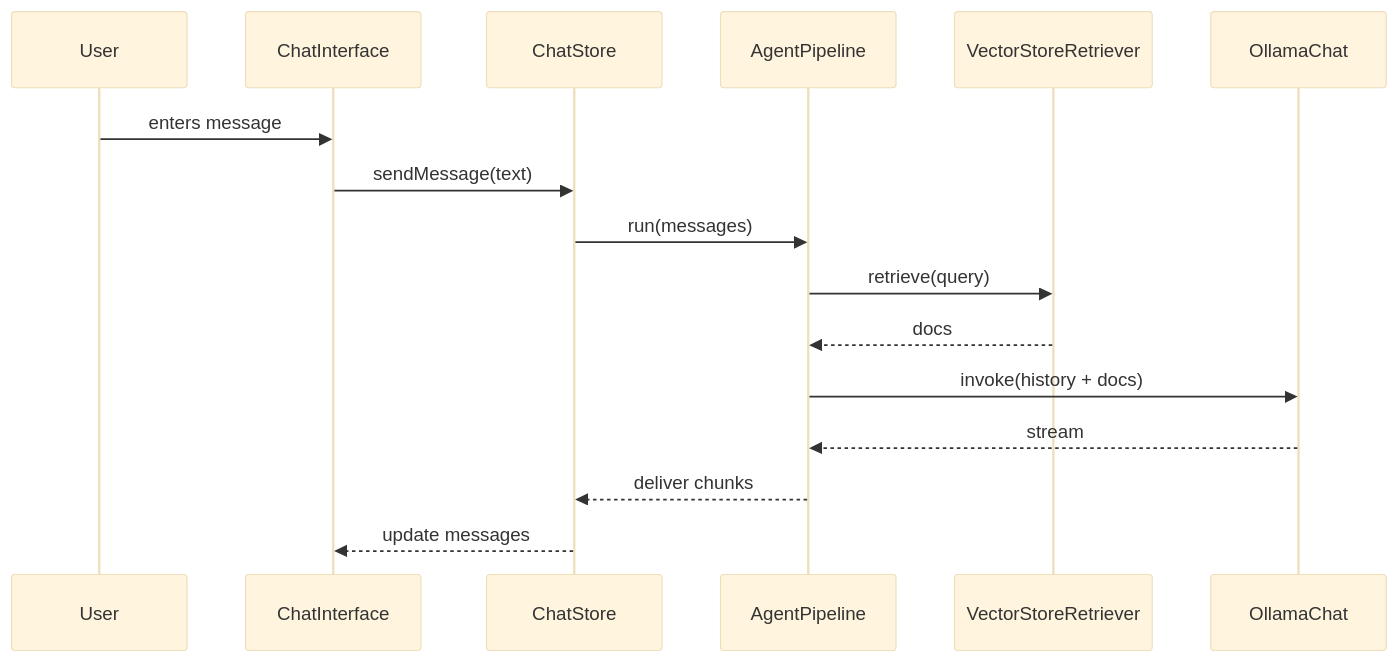
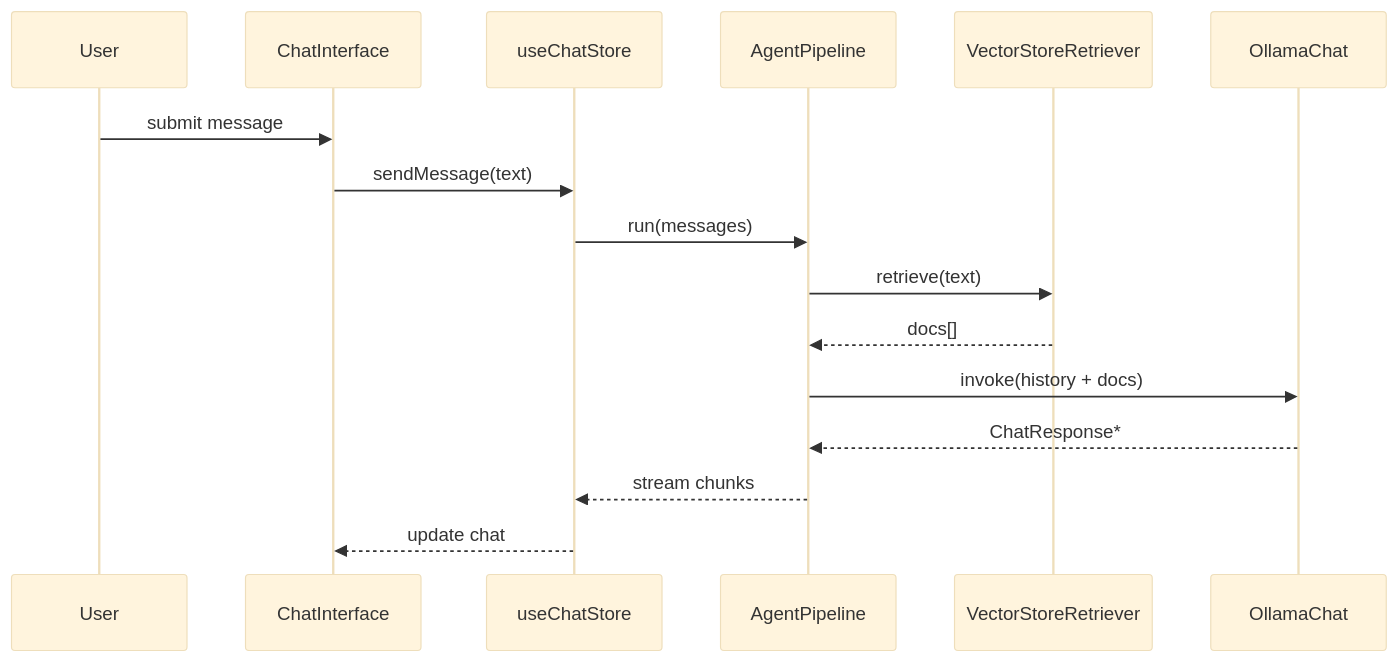
Before and after one commit to Cstannahill/ollama-web: the third of 3 diagrams in lang-implementation.md, drawn with Mermaid (base theme). The commit also changed other lines of this file, not shown here.

````diff
--- a/lang-implementation.md
+++ b/lang-implementation.md
@@ -107,18 +79,18 @@
 ```mermaid
 sequenceDiagram
     participant User
     participant UI as ChatInterface
-    participant Store as ChatStore
+    participant Store as useChatStore
     participant Pipeline as AgentPipeline
     participant Retriever as VectorStoreRetriever
     participant LLM as OllamaChat
-    User->>UI: enters message
+    User->>UI: submit message
     UI->>Store: sendMessage(text)
     Store->>Pipeline: run(messages)
-    Pipeline->>Retriever: retrieve(query)
-    Retriever-->>Pipeline: docs
+    Pipeline->>Retriever: retrieve(text)
+    Retriever-->>Pipeline: docs[]
     Pipeline->>LLM: invoke(history + docs)
-    LLM-->>Pipeline: stream
-    Pipeline-->>Store: deliver chunks
-    Store-->>UI: update messages
+    LLM-->>Pipeline: ChatResponse*
+    Pipeline-->>Store: stream chunks
+    Store-->>UI: update chat
 ```
````
